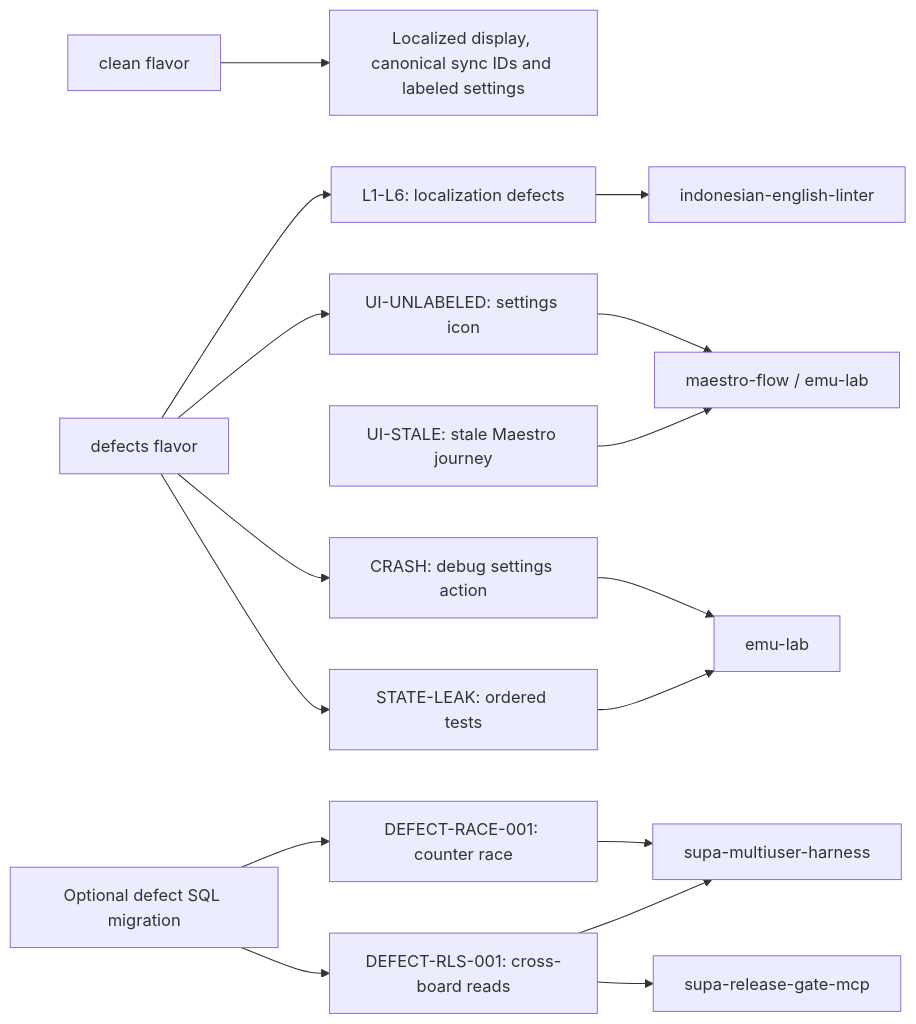
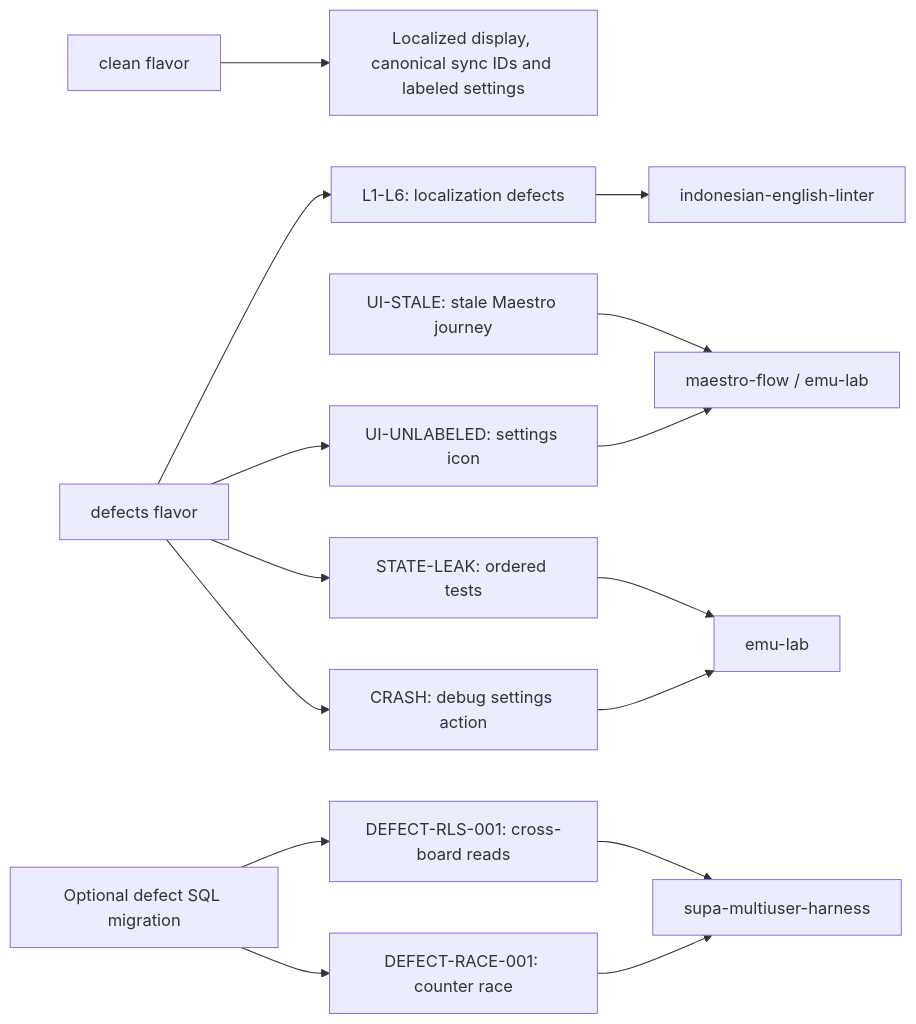
One commit to fridaysundaymood/kit-fixture-app changed the second of 2 diagrams in README.md. Above: the diagram before and after it, drawn with Mermaid. The commit also changed 1 other file, not shown here.

Commit message:
Fix defect-to-tool mapping

````diff
--- a/README.md
+++ b/README.md
@@ -23,18 +23,17 @@
 ```mermaid
 flowchart LR
     Clean["clean flavor"] --> Baseline["Localized display, canonical sync IDs and labeled settings"]
     Defects["defects flavor"] --> Localization["L1-L6: localization defects"]
     Defects --> Unlabeled["UI-UNLABELED: settings icon"]
     Defects --> State["STATE-LEAK: ordered tests"]
     Defects --> Crash["CRASH: debug settings action"]
     Stale["UI-STALE: stale Maestro journey"] --> UItools["maestro-flow / emu-lab"]
     Migration["Optional defect SQL migration"] --> RLS["DEFECT-RLS-001: cross-board reads"]
     Migration --> Race["DEFECT-RACE-001: counter race"]
     Localization --> Linter["indonesian-english-linter"]
     Unlabeled --> UItools
     State --> Emulator["emu-lab"]
     Crash --> Emulator
     RLS --> Harness["supa-multiuser-harness"]
-    RLS --> Gate["supa-release-gate-mcp"]
     Race --> Harness
 ```
````
